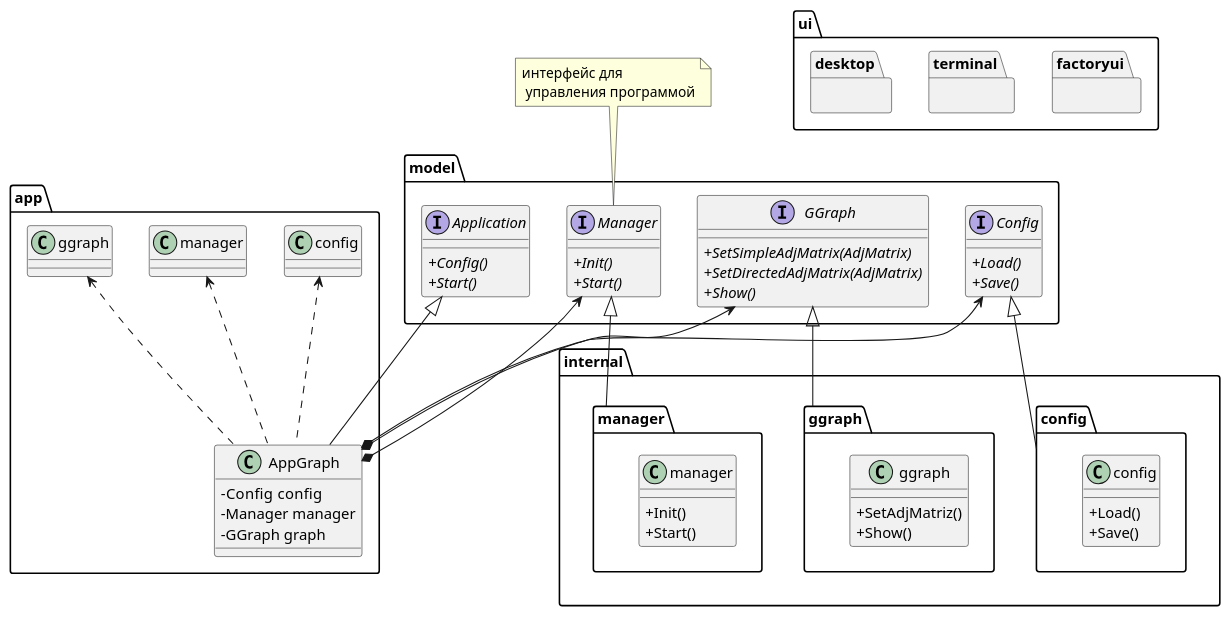
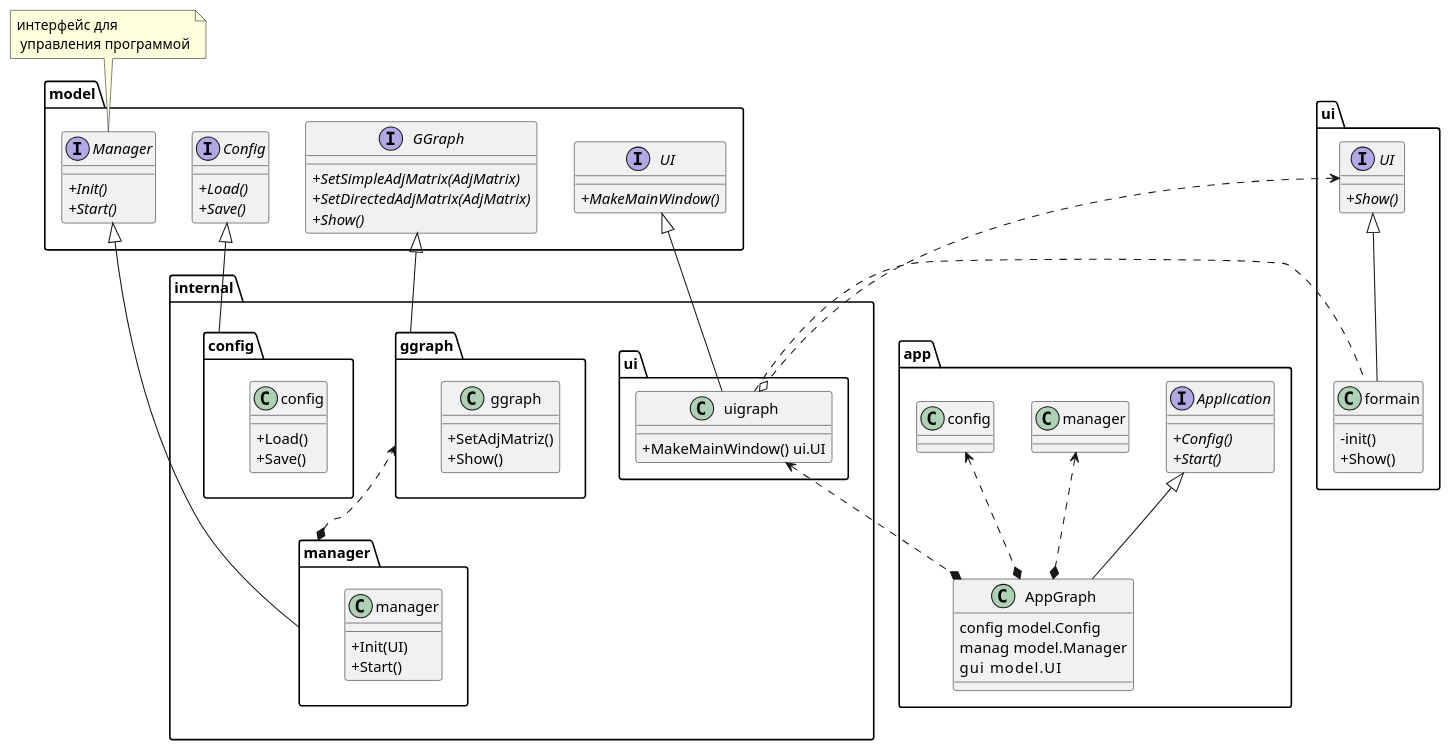
One commit to Giovanny472/ggraph changed the diagram in model/diagram/diagram.wsd. Above: the diagram before and after it, drawn with PlantUML. The commit also changed 9 other files, not shown here.

```diff
--- a/model/diagram/diagram.wsd
+++ b/model/diagram/diagram.wsd
@@ -1,82 +1,104 @@
 @startuml
 skinparam ClassAttributeIconSize 0
 
 package "model" {
-    interface IApp as "Application" {
-        + {abstract} Config()
-        + {abstract} Start()
-    }
 
-    interface IConfig as "Config" {
-        + {abstract} Load()
-        + {abstract} Save()
+    
+    interface IUI as "UI" {
+        + {abstract} MakeMainWindow()
     }
 
     interface IGGraph as "GGraph" {
         + {abstract} SetSimpleAdjMatrix(AdjMatrix)
         + {abstract} SetDirectedAdjMatrix(AdjMatrix)
         + {abstract} Show()
     }
 
+    interface IConfig as "Config" {
+        + {abstract} Load()
+        + {abstract} Save()
+    }
+
     interface IManager as "Manager" {
         + {abstract} Init()
         + {abstract} Start()
     }
-}
-note top: интерфейс для\n управления программой
 
-
-package "app" {
-
-    class AppGraph{
-        - Config  сonfig
-        - Manager manager
-        - GGraph graph
-    }
-    IApp <|--AppGraph
-    IConfig  <--*  AppGraph
-    IManager <--*  AppGraph
-    IGGraph  <--*  AppGraph
-
-    ggraph  <.. AppGraph
-    config  <.. AppGraph
-    manager <.. AppGraph
 }
 
+note "интерфейс для\n управления программой" as N1
+N1 .. IManager  
+    
 package "internal" {
 
+    package "ui" {
+        class uigraph {
+            + MakeMainWindow() ui.UI
+        }
+    }
+    IUI <|-- uigraph
+
     package "config" {
-        class config{
+        class config {
             + Load()
             + Save()
         }
     }
     IConfig <|-- config
 
     package "ggraph" {
         class ggraph{
             + SetAdjMatriz()
             + Show()
         }
     }
     IGGraph  <|-- ggraph
 
     package "manager" {
         class manager{
-            + Init()
+            + Init(UI)
             + Start()
         }
     }
     IManager <|-- manager
-
+    ggraph  <..* manager
+    
 }
 
+package "app" {
 
-package ui {
-    package factoryui{}
-    package terminal{}
-    package desktop{}
+    interface IApp as "Application" {
+        + {abstract} Config()
+        + {abstract} Start()
+    }
+
+    class AppGraph{
+        config model.Config
+	    manag  model.Manager
+	    gui    model.UI
+    }
+    IApp <|--AppGraph
+
+    manager <..* AppGraph
+    uigraph <..* AppGraph
+    config  <..* AppGraph
+    
+}
+
+package gui as "ui" {
+
+    interface IGui as "UI" {
+        + {abstract} Show()
+    }
+
+    class formain {
+        - init()
+        + Show()
+    }
+    IGui  <|-- formain 
+    IGui  <..o uigraph  
+    uigraph  ..formain 
 }
 
 
 @enduml
```
